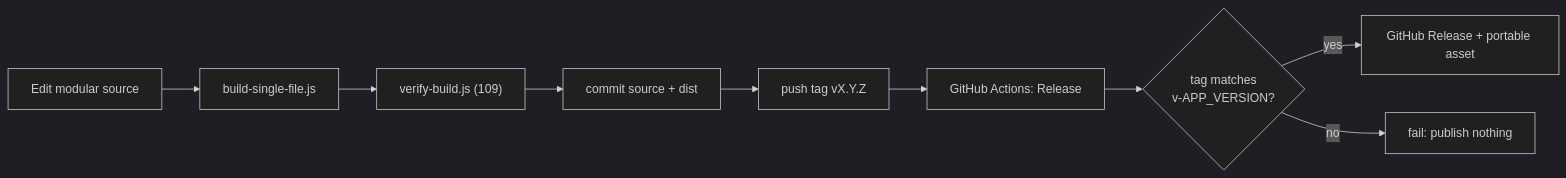
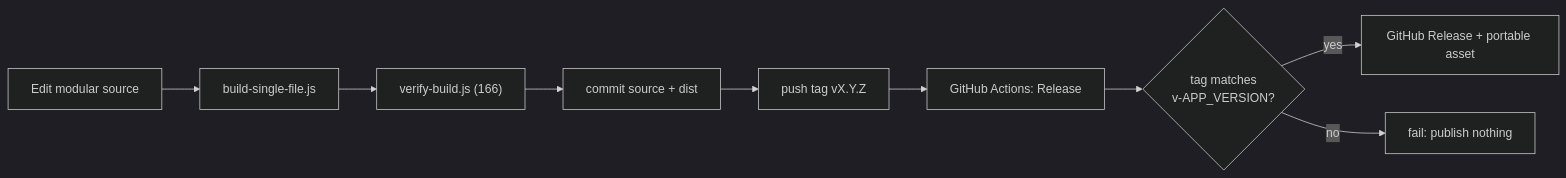
One commit to fanoryu/TAM-Intelligence-OS changed the second of 2 diagrams in README.md. Above: the diagram before and after it, drawn with Mermaid (dark theme). The commit also changed other lines of this file, not shown here.

````diff
--- a/README.md
+++ b/README.md
@@ -304,9 +327,9 @@
 ```mermaid
 flowchart LR
-  DEV["Edit modular source"] --> B["build-single-file.js"] --> V["verify-build.js (109)"]
+  DEV["Edit modular source"] --> B["build-single-file.js"] --> V["verify-build.js (166)"]
   V --> C["commit source + dist"] --> T["push tag vX.Y.Z"]
   T --> GA["GitHub Actions: Release"]
   GA --> GATE{"tag matches<br/>v-APP_VERSION?"}
   GATE -->|yes| REL["GitHub Release + portable asset"]
   GATE -->|no| STOP["fail: publish nothing"]
 ```
````
